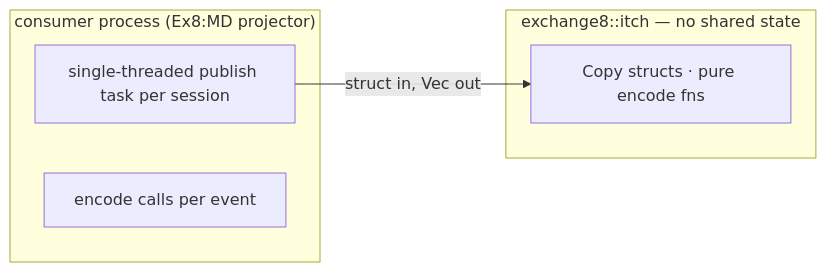
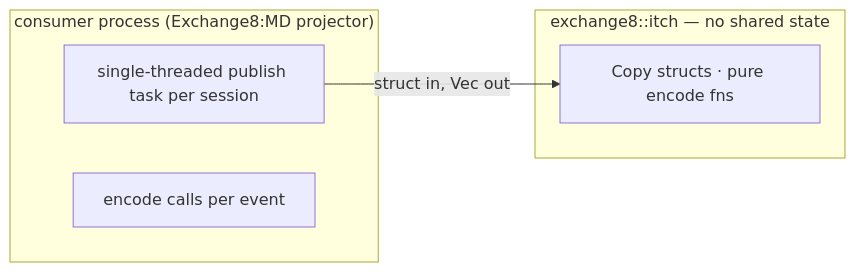
The sixth of 7 diagrams in crates/itch/DESIGN.md (Exchange8-dev/exchange8-sdk), drawn with Mermaid before and after one commit. The commit also changed other lines of this file and 29 other files, not shown here.

````diff
--- a/crates/itch/DESIGN.md
+++ b/crates/itch/DESIGN.md
@@ -255,11 +255,11 @@
 ```mermaid
 graph LR
-    subgraph CONSUMER["consumer process (Ex8:MD projector)"]
+    subgraph CONSUMER["consumer process (Exchange8:MD projector)"]
         T["single-threaded publish task per session"]
         C["encode calls per event"]
     end
     subgraph LIB["exchange8::itch — no shared state"]
         P["Copy structs · pure encode fns"]
     end
     T -->|"struct in, Vec out"| P
 ```
````
